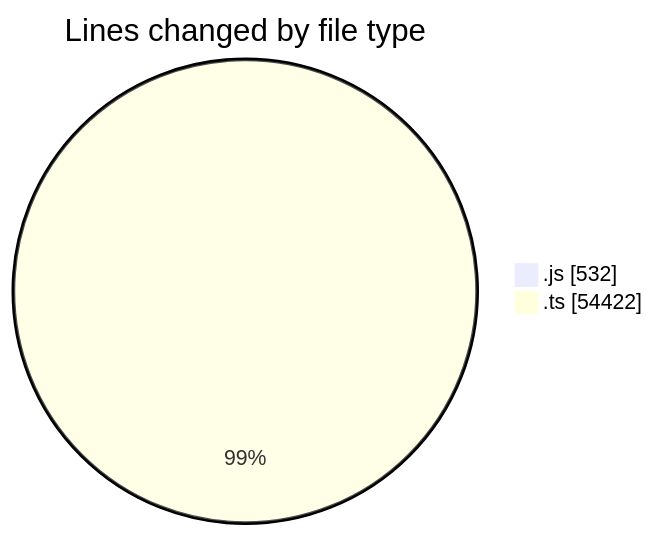
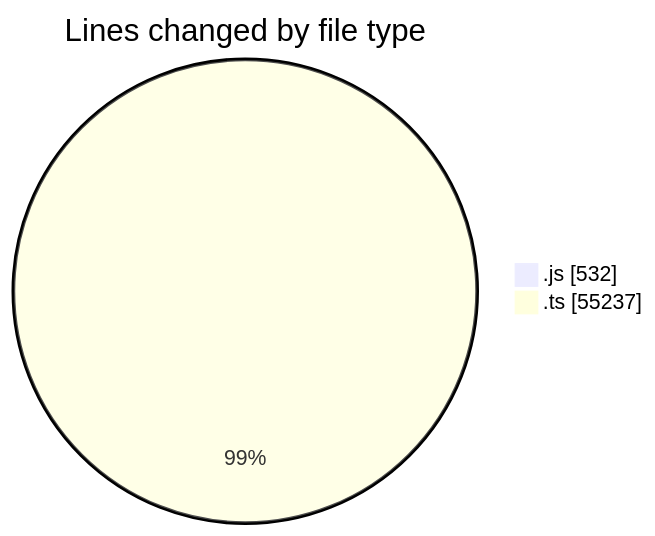
One commit to momahboobian/code-tracking changed the first of 2 diagrams in 2025-06-19/cda/README.md. Above: the diagram before and after it, drawn with Mermaid. The commit also changed other lines of this file and 1 other file, not shown here.

````diff
--- a/2025-06-19/cda/README.md
+++ b/2025-06-19/cda/README.md
@@ -31,6 +32,6 @@
 ```mermaid
 pie showData
 title Lines changed by file type
 ".js" : 532
-".ts" : 54422
+".ts" : 55237
 ```
````
